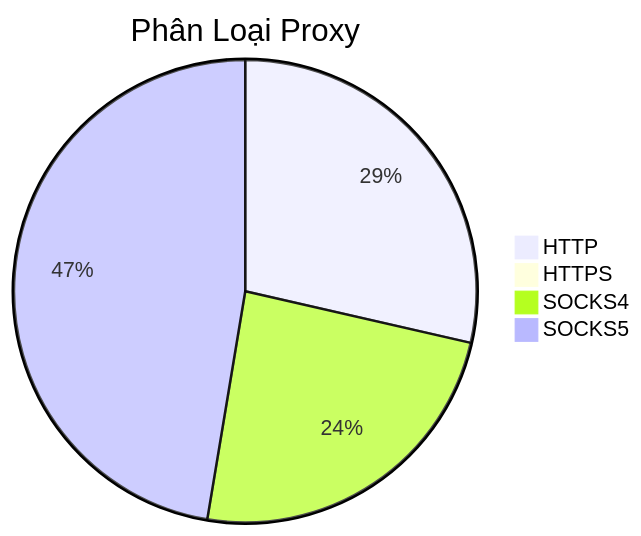
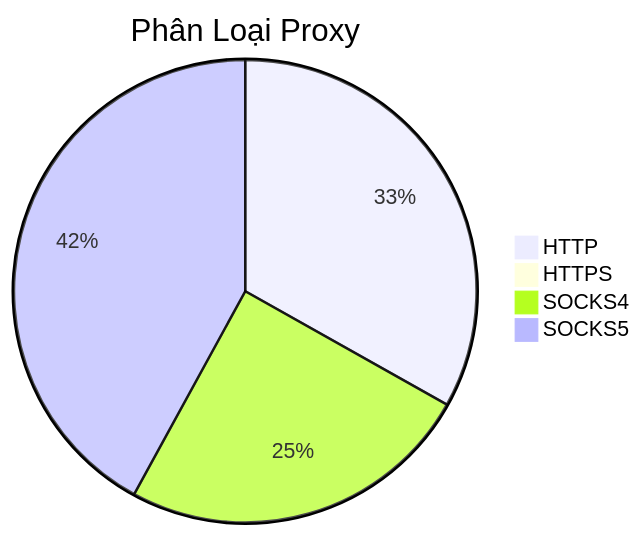
Before and after one commit to Ciara-Aa/PROXY-free: the diagram in README.md, drawn with Mermaid. The commit also changed other lines of this file and 4 other files, not shown here.

````diff
--- a/README.md
+++ b/README.md
@@ -26,7 +26,7 @@
 ```mermaid
 pie title Phân Loại Proxy
-    "HTTP" : 359
-    "HTTPS" : 3
-    "SOCKS4" : 302
-    "SOCKS5" : 595
+    "HTTP" : 366
+    "HTTPS" : 1
+    "SOCKS4" : 274
+    "SOCKS5" : 464
 ```
````
